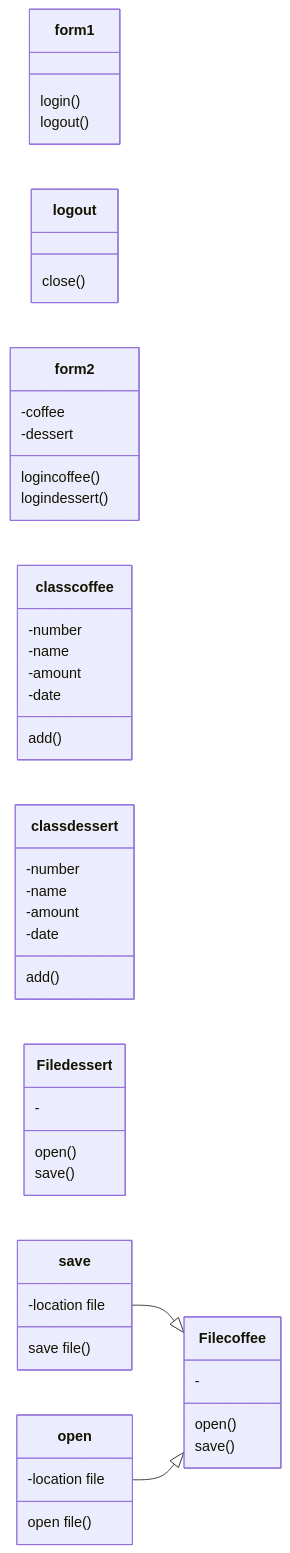
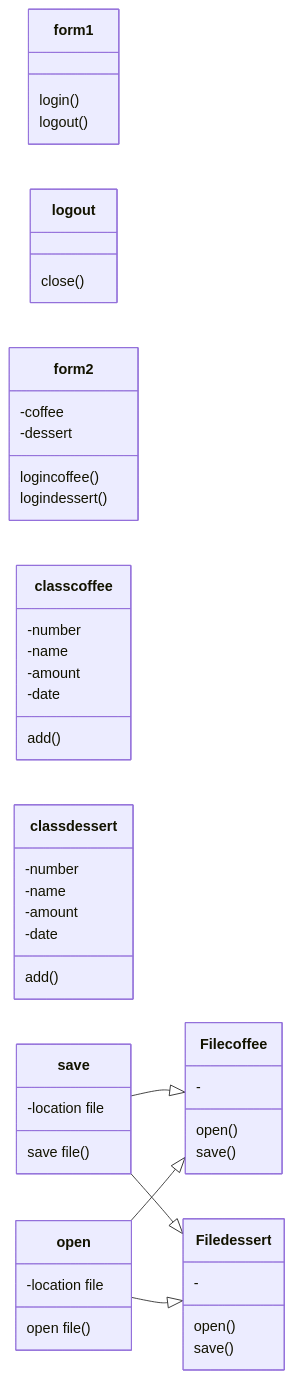
Before and after one commit to Syxsaran/ReportSalesCoffee: the diagram in README.md, drawn with Mermaid.

````diff
--- a/README.md
+++ b/README.md
@@ -11,51 +11,53 @@
 ```mermaid
 classDiagram
   direction LR
   class form1{
   login()
   logout()
   }
   class logout{
   close()
   }
   class form2{
   -coffee
   -dessert
   logincoffee()
   logindessert()
   }
   class classcoffee{
   -number
   -name
   -amount
   -date
   add()
   }
   class classdessert{
   -number
   -name
   -amount
   -date
   add()
   }
   class Filecoffee{
   -
   open()
   save()
   }
   class Filedessert{
   -
   open()
   save()
   }
   class open{
   -location file
   open file()
   }
   class save{
   -location file
   save file()
   }
   save --|> Filecoffee
   open --|> Filecoffee
+  save --|> Filedessert
+  open --|> Filedessert
   ```
````
